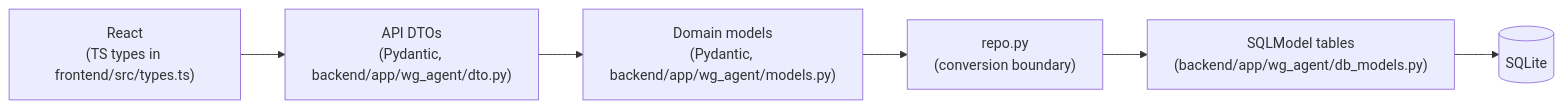
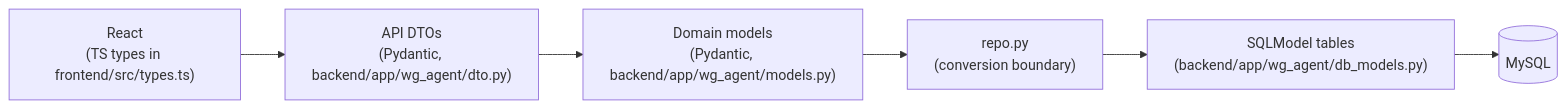
Before and after one commit to v-ya-ch-e/tumai-makeathon-2026: the diagram in docs/README.md, drawn with Mermaid. The commit also changed other lines of this file and 35 other files, not shown here.

````diff
--- a/docs/README.md
+++ b/docs/README.md
@@ -47,8 +52,8 @@
 ```mermaid
 flowchart LR
   UI["React<br/>(TS types in frontend/src/types.ts)"] --> DTO["API DTOs<br/>(Pydantic, backend/app/wg_agent/dto.py)"]
   DTO --> Domain["Domain models<br/>(Pydantic, backend/app/wg_agent/models.py)"]
   Domain --> Repo["repo.py<br/>(conversion boundary)"]
   Repo --> Tables["SQLModel tables<br/>(backend/app/wg_agent/db_models.py)"]
-  Tables --> SQLite[(SQLite)]
+  Tables --> MySQL[(MySQL)]
 ```
````
